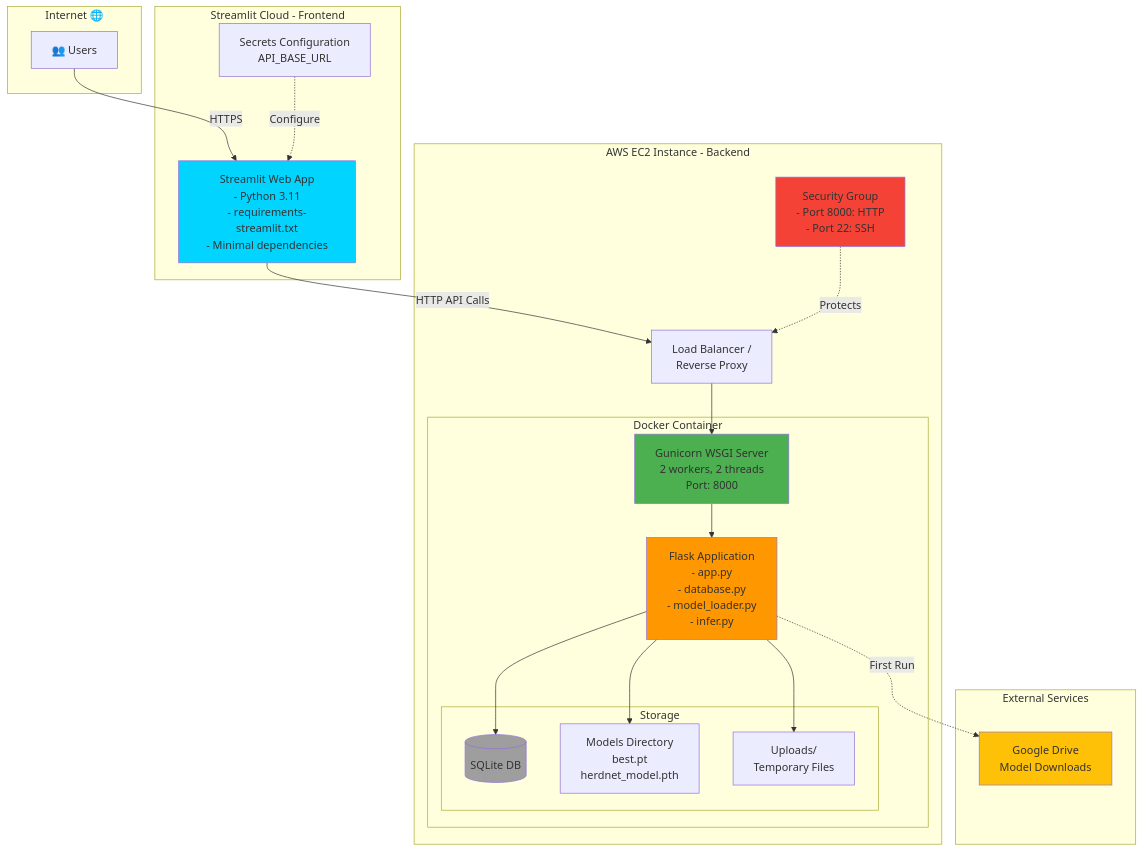
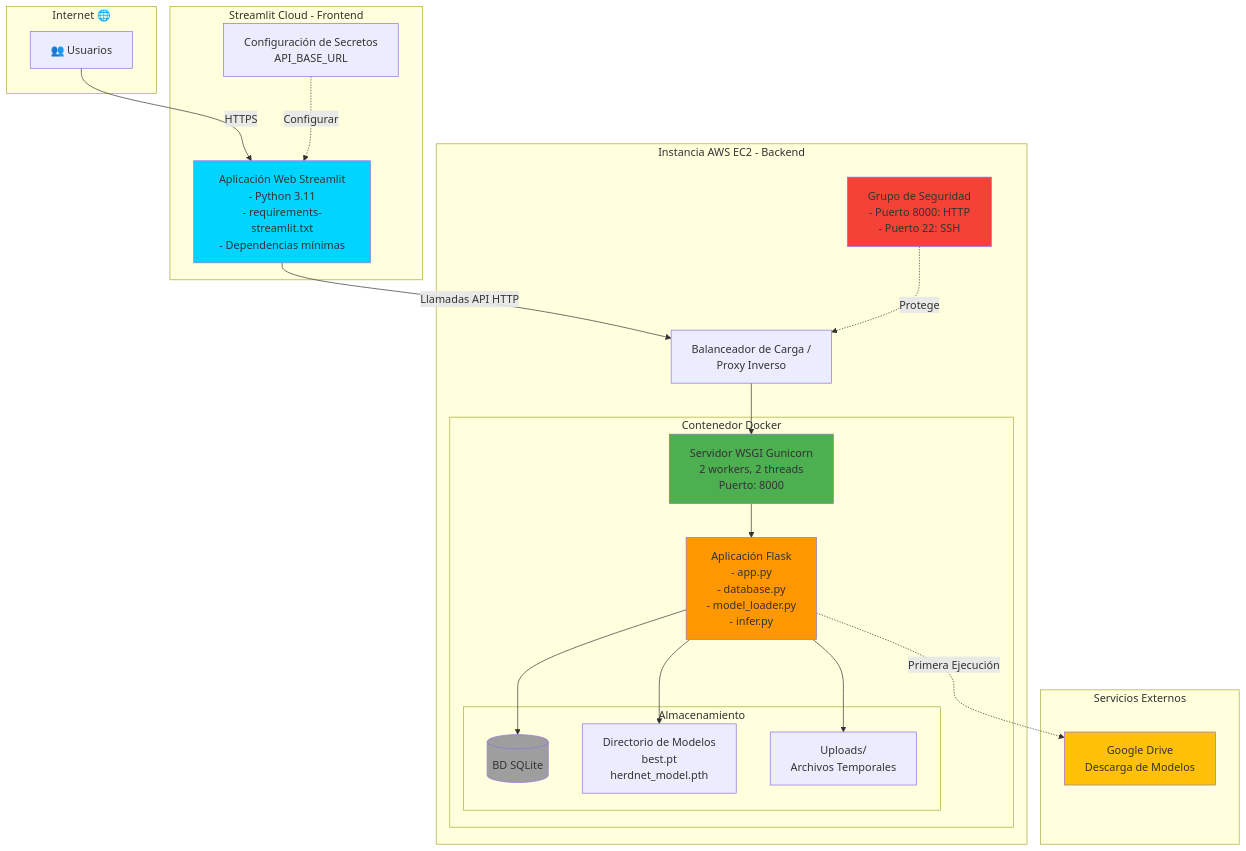
One commit to marioguaqueta/maia-back-proyecto changed the second of 7 diagrams in ARCHITECTURE_DIAGRAM.md. Above: the diagram before and after it, drawn with Mermaid. The commit also changed other lines of this file and 5 other files, not shown here.

````diff
--- a/ARCHITECTURE_DIAGRAM.md
+++ b/ARCHITECTURE_DIAGRAM.md
@@ -45,50 +45,50 @@
 ```mermaid
 graph TB
     subgraph "Internet 🌐"
-        Users[👥 Users]
+        Users[👥 Usuarios]
     end
     
     subgraph "Streamlit Cloud - Frontend"
-        StreamlitApp[Streamlit Web App<br/>- Python 3.11<br/>- requirements-streamlit.txt<br/>- Minimal dependencies]
-        StreamlitConfig[Secrets Configuration<br/>API_BASE_URL]
+        StreamlitApp[Aplicación Web Streamlit<br/>- Python 3.11<br/>- requirements-streamlit.txt<br/>- Dependencias mínimas]
+        StreamlitConfig[Configuración de Secretos<br/>API_BASE_URL]
     end
     
-    subgraph "AWS EC2 Instance - Backend"
-        LB[Load Balancer /<br/>Reverse Proxy]
+    subgraph "Instancia AWS EC2 - Backend"
+        LB[Balanceador de Carga /<br/>Proxy Inverso]
         
-        subgraph "Docker Container"
-            Gunicorn[Gunicorn WSGI Server<br/>2 workers, 2 threads<br/>Port: 8000]
-            FlaskApp[Flask Application<br/>- app.py<br/>- database.py<br/>- model_loader.py<br/>- infer.py]
+        subgraph "Contenedor Docker"
+            Gunicorn[Servidor WSGI Gunicorn<br/>2 workers, 2 threads<br/>Puerto: 8000]
+            FlaskApp[Aplicación Flask<br/>- app.py<br/>- database.py<br/>- model_loader.py<br/>- infer.py]
             
-            subgraph "Storage"
-                DB[(SQLite DB)]
-                ModelsDir[Models Directory<br/>best.pt<br/>herdnet_model.pth]
-                Uploads[Uploads/<br/>Temporary Files]
+            subgraph "Almacenamiento"
+                DB[(BD SQLite)]
+                ModelsDir[Directorio de Modelos<br/>best.pt<br/>herdnet_model.pth]
+                Uploads[Uploads/<br/>Archivos Temporales]
             end
         end
         
-        SecurityGroup[Security Group<br/>- Port 8000: HTTP<br/>- Port 22: SSH]
+        SecurityGroup[Grupo de Seguridad<br/>- Puerto 8000: HTTP<br/>- Puerto 22: SSH]
     end
     
-    subgraph "External Services"
-        GDrive[Google Drive<br/>Model Downloads]
+    subgraph "Servicios Externos"
+        GDrive[Google Drive<br/>Descarga de Modelos]
     end
     
     Users -->|HTTPS| StreamlitApp
-    StreamlitConfig -.->|Configure| StreamlitApp
-    StreamlitApp -->|HTTP API Calls| LB
+    StreamlitConfig -.->|Configurar| StreamlitApp
+    StreamlitApp -->|Llamadas API HTTP| LB
     LB --> Gunicorn
     Gunicorn --> FlaskApp
     FlaskApp --> DB
     FlaskApp --> ModelsDir
     FlaskApp --> Uploads
-    FlaskApp -.->|First Run| GDrive
-    SecurityGroup -.->|Protects| LB
+    FlaskApp -.->|Primera Ejecución| GDrive
+    SecurityGroup -.->|Protege| LB
     
     style StreamlitApp fill:#00d4ff
     style FlaskApp fill:#ff9800
     style Gunicorn fill:#4caf50
     style DB fill:#9e9e9e
     style SecurityGroup fill:#f44336
     style GDrive fill:#ffc107
 ```
````
